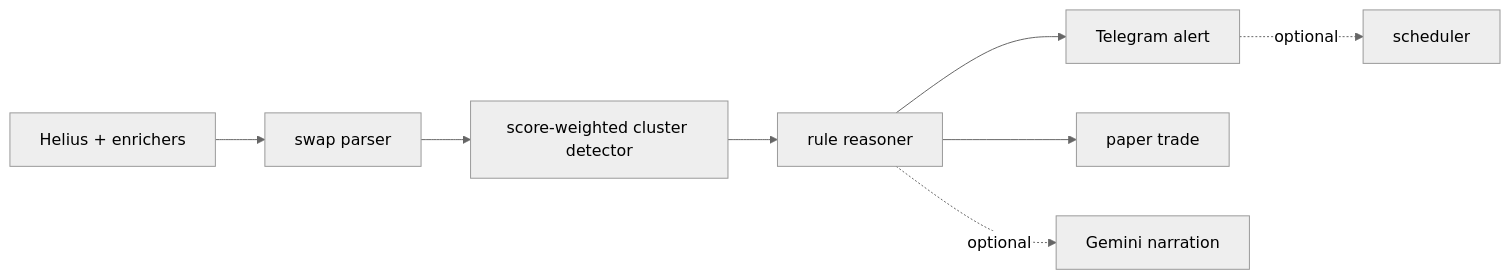
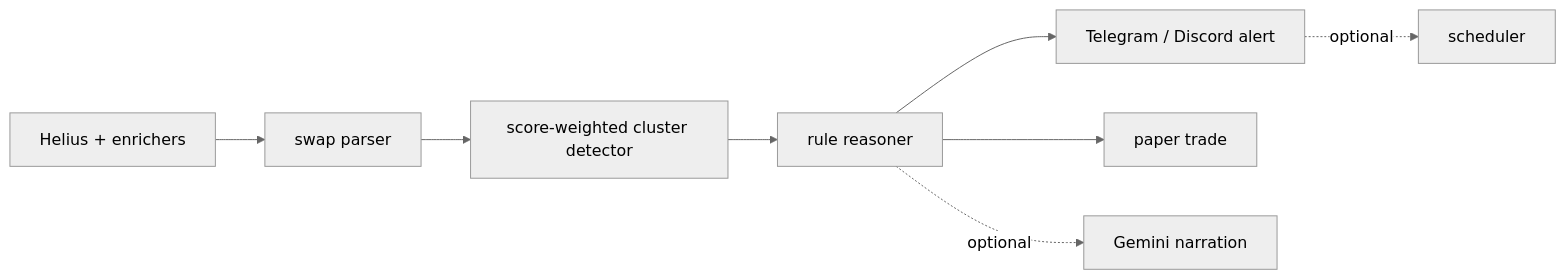
One commit to barobaonguyen/wallet-cluster-detector changed the diagram in README.md. Above: the diagram before and after it, drawn with Mermaid (neutral theme). The commit also changed other lines of this file and 18 other files, not shown here.

````diff
--- a/README.md
+++ b/README.md
@@ -37,10 +37,10 @@
 ```mermaid
 flowchart LR
   H[Helius + enrichers] --> P[swap parser]
   P --> C[score-weighted cluster detector]
   C --> R[rule reasoner]
-  R --> A[Telegram alert]
+  R --> A[Telegram / Discord alert]
   R --> T[paper trade]
   R -. optional .-> G[Gemini narration]
   A -. optional .-> S[scheduler]
 ```
````
